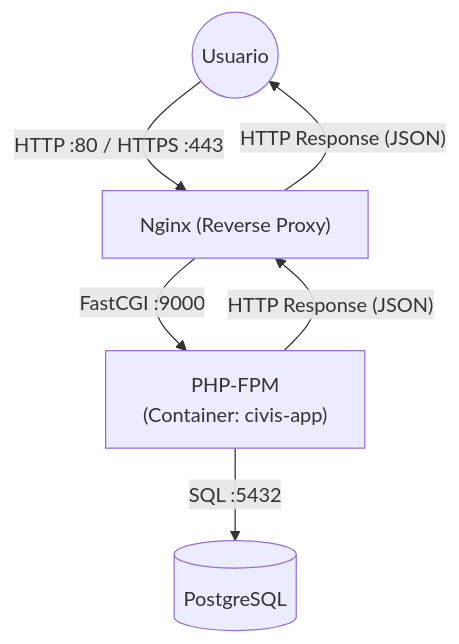
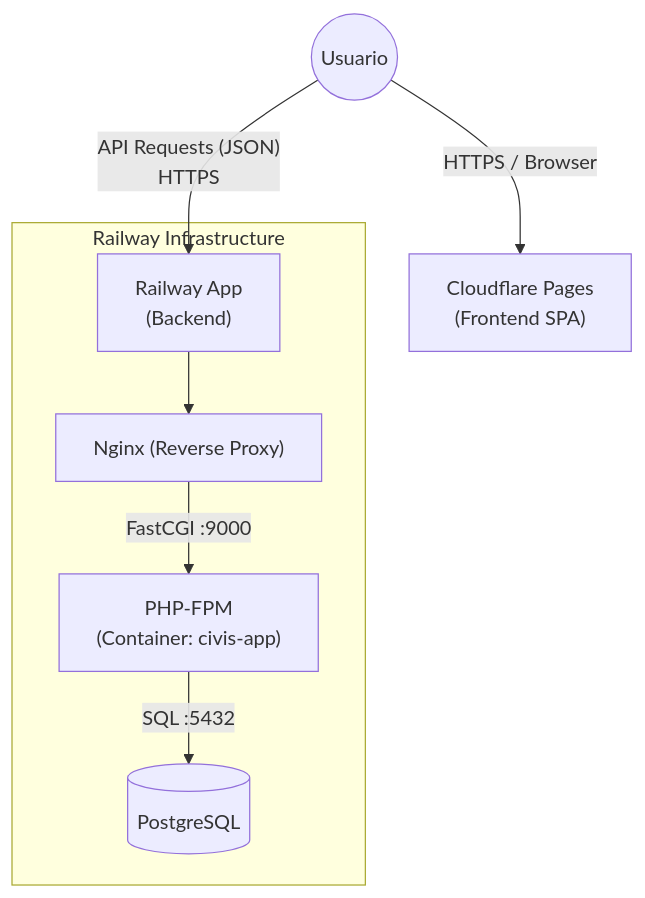
The first of 2 diagrams in Hito1_CIVIS.md (Atm0027/CIVIS), drawn with Mermaid before and after one commit. The commit also changed other lines of this file, not shown here.

````diff
--- a/Hito1_CIVIS.md
+++ b/Hito1_CIVIS.md
@@ -19,8 +39,11 @@
 ```mermaid
 graph TD
-    User((Usuario)) -- "HTTP :80 / HTTPS :443" --> Nginx["Nginx (Reverse Proxy)"]
-    Nginx -- "FastCGI :9000" --> PHP["PHP-FPM<br/>(Container: civis-app)"]
-    PHP -- "SQL :5432" --> DB[(PostgreSQL)]
-    PHP -- "HTTP Response (JSON)" --> Nginx
-    Nginx -- "HTTP Response (JSON)" --> User
+    User((Usuario)) -- "HTTPS / Browser" --> CF["Cloudflare Pages<br/>(Frontend SPA)"]
+    User -- "API Requests (JSON)<br/>HTTPS" --> Railway["Railway App<br/>(Backend)"]
+    
+    subgraph Railway Infrastructure
+        Railway --> Nginx["Nginx (Reverse Proxy)"]
+        Nginx -- "FastCGI :9000" --> PHP["PHP-FPM<br/>(Container: civis-app)"]
+        PHP -- "SQL :5432" --> DB[(PostgreSQL)]
+    end
 ```
````
